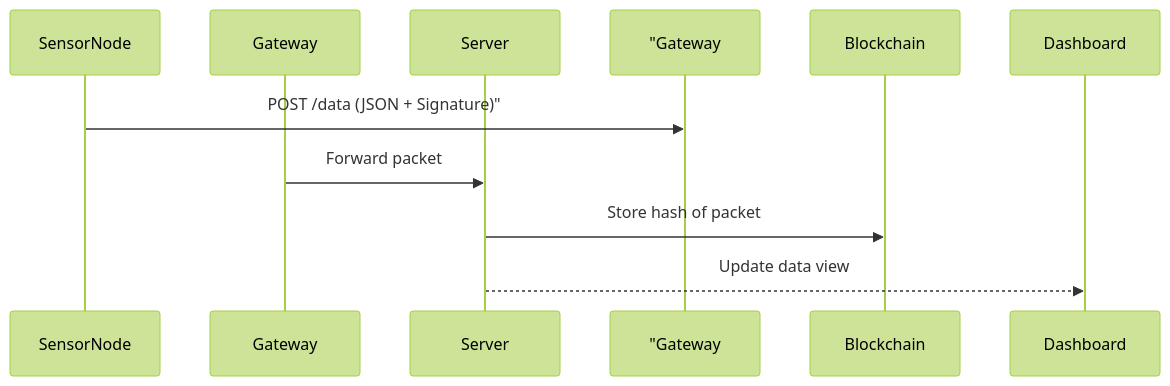
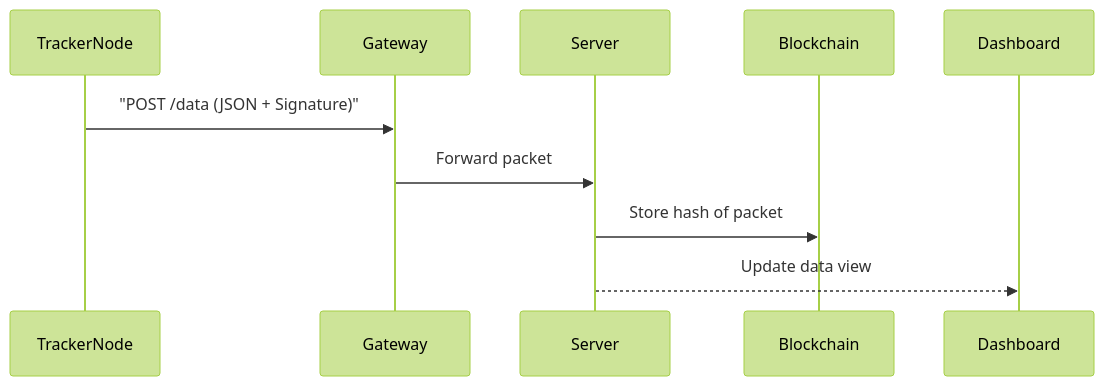
Before and after one commit to liammulhern/CSSE4011: the third of 4 diagrams in README.md, drawn with Mermaid (forest theme). The commit also changed other lines of this file, not shown here.

Commit message:
docs: Updates flowchart

````diff
--- a/README.md
+++ b/README.md
@@ -117,11 +115,11 @@
 ```mermaid
 sequenceDiagram
-    participant SensorNode
+    participant TrackerNode
     participant Gateway
     participant Server
 
-    SensorNode->>"Gateway: POST /data (JSON + Signature)"
+    TrackerNode->>Gateway: "POST /data (JSON + Signature)"
     Gateway->>Server: Forward packet
     Server->>Blockchain: Store hash of packet
     Server-->>Dashboard: Update data view
 ```
````
